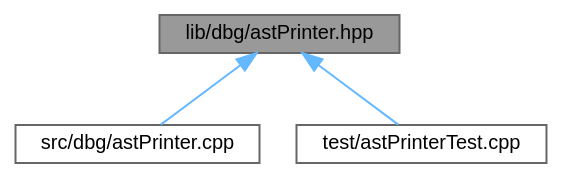
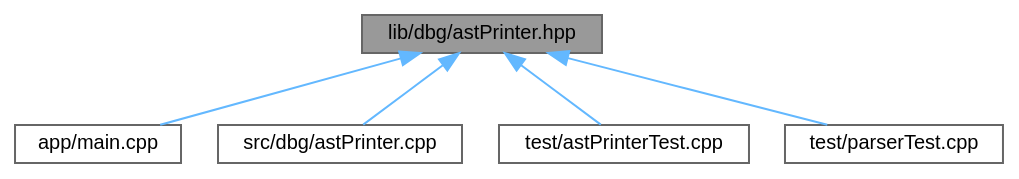
The diagram in astPrinter_8hpp__dep__incl.dot (helcsnewsxd/gsc-interpreter), drawn with Graphviz before and after one commit. The commit also changed 91 other files, not shown here.

```diff
--- a/astPrinter_8hpp__dep__incl.dot
+++ b/astPrinter_8hpp__dep__incl.dot
@@ -1,12 +1,16 @@
 digraph "lib/dbg/astPrinter.hpp"
 {
  // LATEX_PDF_SIZE
   bgcolor="transparent";
   edge [fontname=Helvetica,fontsize=10,labelfontname=Helvetica,labelfontsize=10];
   node [fontname=Helvetica,fontsize=10,shape=box,height=0.2,width=0.4];
   Node1 [id="Node000001",label="lib/dbg/astPrinter.hpp",height=0.2,width=0.4,color="gray40", fillcolor="grey60", style="filled", fontcolor="black",tooltip=" "];
   Node1 -> Node2 [id="edge1_Node000001_Node000002",dir="back",color="steelblue1",style="solid",tooltip=" "];
-  Node2 [id="Node000002",label="src/dbg/astPrinter.cpp",height=0.2,width=0.4,color="grey40", fillcolor="white", style="filled",URL="$astPrinter_8cpp.html",tooltip=" "];
+  Node2 [id="Node000002",label="app/main.cpp",height=0.2,width=0.4,color="grey40", fillcolor="white", style="filled",URL="$main_8cpp.html",tooltip=" "];
   Node1 -> Node3 [id="edge2_Node000001_Node000003",dir="back",color="steelblue1",style="solid",tooltip=" "];
-  Node3 [id="Node000003",label="test/astPrinterTest.cpp",height=0.2,width=0.4,color="grey40", fillcolor="white", style="filled",URL="$astPrinterTest_8cpp.html",tooltip=" "];
+  Node3 [id="Node000003",label="src/dbg/astPrinter.cpp",height=0.2,width=0.4,color="grey40", fillcolor="white", style="filled",URL="$astPrinter_8cpp.html",tooltip=" "];
+  Node1 -> Node4 [id="edge3_Node000001_Node000004",dir="back",color="steelblue1",style="solid",tooltip=" "];
+  Node4 [id="Node000004",label="test/astPrinterTest.cpp",height=0.2,width=0.4,color="grey40", fillcolor="white", style="filled",URL="$astPrinterTest_8cpp.html",tooltip=" "];
+  Node1 -> Node5 [id="edge4_Node000001_Node000005",dir="back",color="steelblue1",style="solid",tooltip=" "];
+  Node5 [id="Node000005",label="test/parserTest.cpp",height=0.2,width=0.4,color="grey40", fillcolor="white", style="filled",URL="$parserTest_8cpp.html",tooltip=" "];
 }
```
